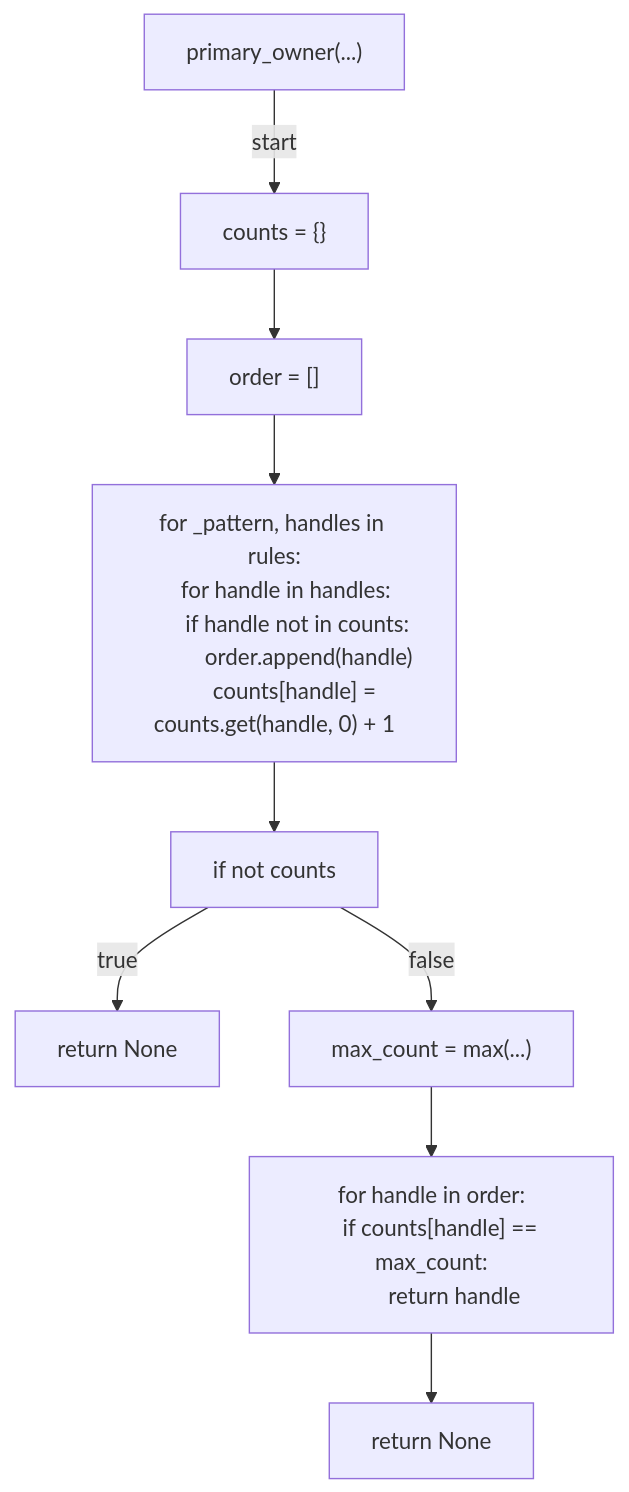
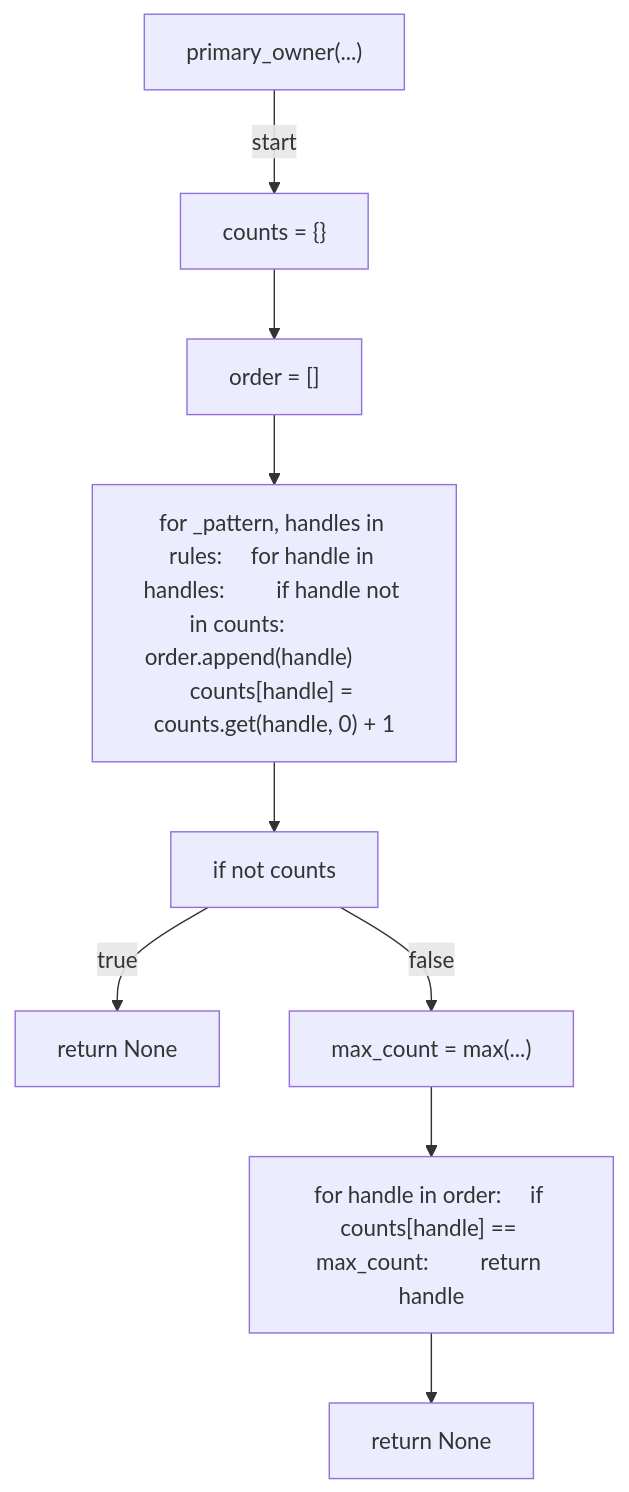
The second of 9 diagrams in docs/generated/scripts/ast/plan_language_context.md (tvna/claude-md), drawn with Mermaid before and after one commit. The commit also changed other lines of this file and 30 other files, not shown here.

First line of the commit message:
docs(generated): regenerate decision tree and workflow diagrams (batch 2/5)

````diff
--- a/docs/generated/scripts/ast/plan_language_context.md
+++ b/docs/generated/scripts/ast/plan_language_context.md
@@ -29,26 +20,20 @@
 ```mermaid
 flowchart TD
     N001["primary_owner(...)"]
     N002["counts = {}"]
     N003["order = []"]
-    N004["for _pattern, handles in rules:
-    for handle in handles:
-        if handle not in counts:
-            order.append(handle)
-        counts[handle] = counts.get(handle, 0) + 1"]
+    N004["for _pattern, handles in rules:     for handle in handles:         if handle not in counts:             order.append(handle)         counts[handle] = counts.get(handle, 0) + 1"]
     N005["if not counts"]
     N006["return None"]
     N007["max_count = max(...)"]
-    N008["for handle in order:
-    if counts[handle] == max_count:
-        return handle"]
+    N008["for handle in order:     if counts[handle] == max_count:         return handle"]
     N009["return None"]
     N001 -->|"start"| N002
     N002 --> N003
     N003 --> N004
     N004 --> N005
     N005 -->|"true"| N006
     N005 -->|"false"| N007
     N007 --> N008
     N008 --> N009
 ```
````
